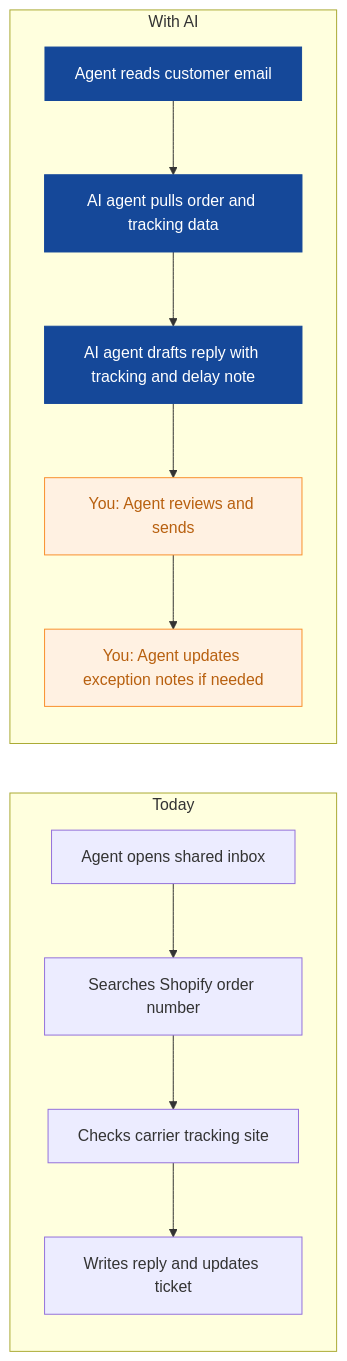
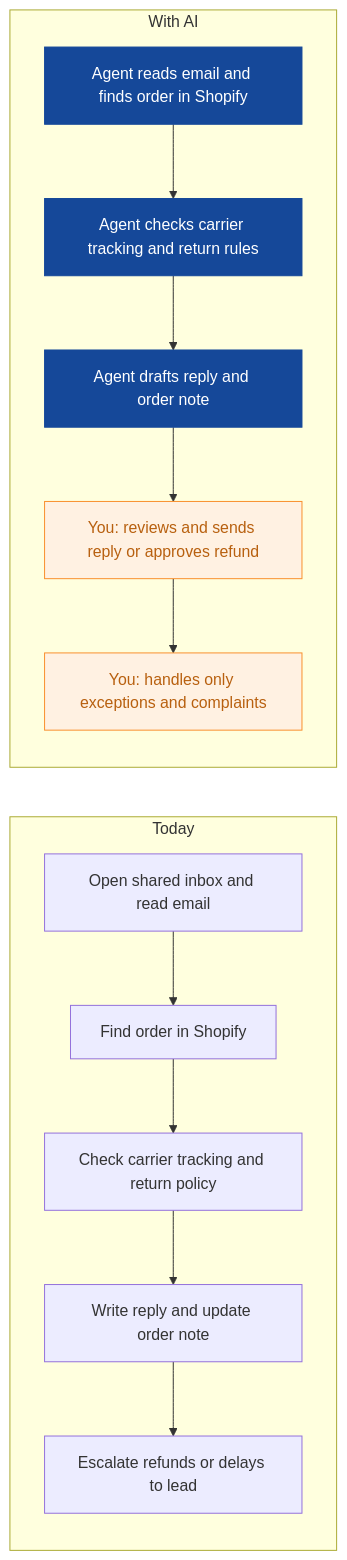
The first of 8 diagrams in strategies/tidewell-outdoor.md (nexibeo/Complete-AI-Strategy), drawn with Mermaid before and after one commit. The commit also changed other lines of this file and 26 other files, not shown here.

````diff
--- a/strategies/tidewell-outdoor.md
+++ b/strategies/tidewell-outdoor.md
@@ -49,22 +52,23 @@
 ```mermaid
 flowchart LR
   subgraph Today
-    B0["Agent opens shared inbox"]
-    B1["Searches Shopify order number"]
-    B2["Checks carrier tracking site"]
-    B3["Writes reply and updates ticket"]
-    B0 --> B1 --> B2 --> B3
+    B0["Open shared inbox and read email"]
+    B1["Find order in Shopify"]
+    B2["Check carrier tracking and return policy"]
+    B3["Write reply and update order note"]
+    B4["Escalate refunds or delays to lead"]
+    B0 --> B1 --> B2 --> B3 --> B4
   end
   subgraph WithAI[With AI]
-    A0["Agent reads customer email"]
-    A1["AI agent pulls order and tracking data"]
-    A2["AI agent drafts reply with tracking and delay note"]
-    A3["You: Agent reviews and sends"]
-    A4["You: Agent updates exception notes if needed"]
+    A0["Agent reads email and finds order in Shopify"]
+    A1["Agent checks carrier tracking and return rules"]
+    A2["Agent drafts reply and order note"]
+    A3["You: reviews and sends reply or approves refund"]
+    A4["You: handles only exceptions and complaints"]
     A0 --> A1 --> A2 --> A3 --> A4
   end
   classDef ai fill:#154899,color:#fff,stroke:#154899
   classDef human fill:#FFF1E2,color:#B8600F,stroke:#F98F2C
   class A0,A1,A2 ai
   class A3,A4 human
 ```
````
